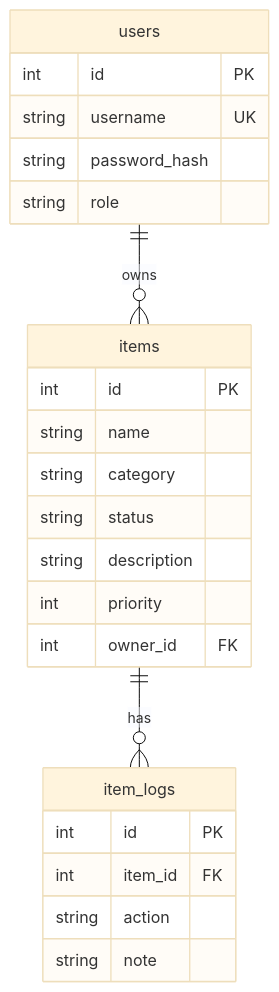
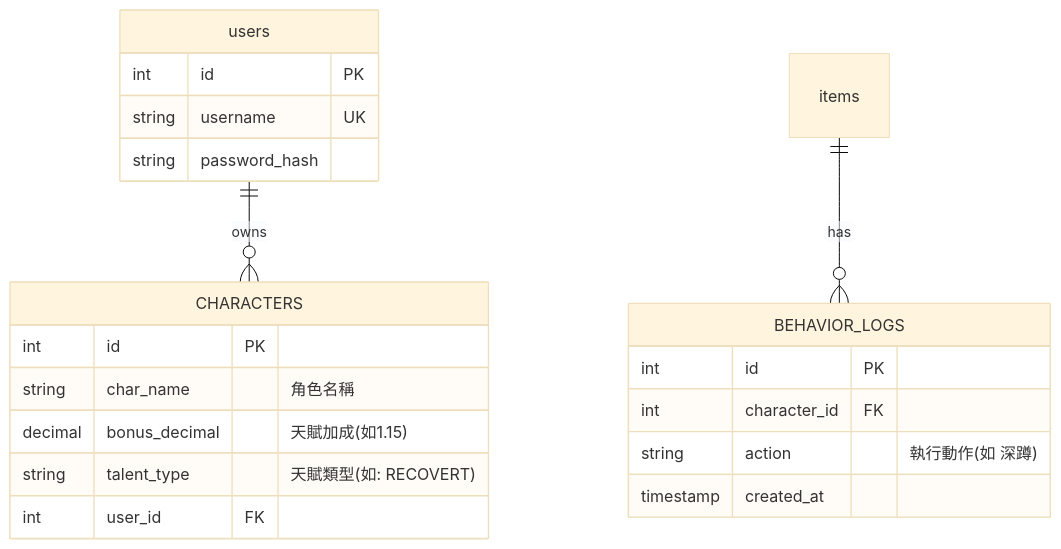
Before and after one commit to linalingling/BioBehaviorBridge: the third of 3 diagrams in README.md, drawn with Mermaid (base theme).

Commit message:
docs: customize ERD to BBB scientific model

````diff
--- a/README.md
+++ b/README.md
@@ -151,27 +151,25 @@
 ```mermaid
 erDiagram
-    users ||--o{ items : owns
-    items ||--o{ item_logs : has
+    users ||--o{ CHARACTERS  : owns
+    items ||--o{ BEHAVIOR_LOGS : has
 
     users {
         int id PK
         string username UK
         string password_hash
-        string role
+        
     }
-    items {
+    CHARACTERS {
         int id PK
-        string name
-        string category
-        string status
-        string description
-        int priority
-        int owner_id FK
+        string char_name "角色名稱"
+        decimal bonus_decimal "天賦加成(如1.15)"
+        string talent_type "天賦類型(如: RECOVERT)"
+        int user_id FK
     }
-    item_logs {
+    BEHAVIOR_LOGS {
         int id PK
-        int item_id FK
-        string action
-        string note
+        int character_id FK
+        string action "執行動作(如 深蹲)"
+        timestamp created_at
     }
 ```
````
